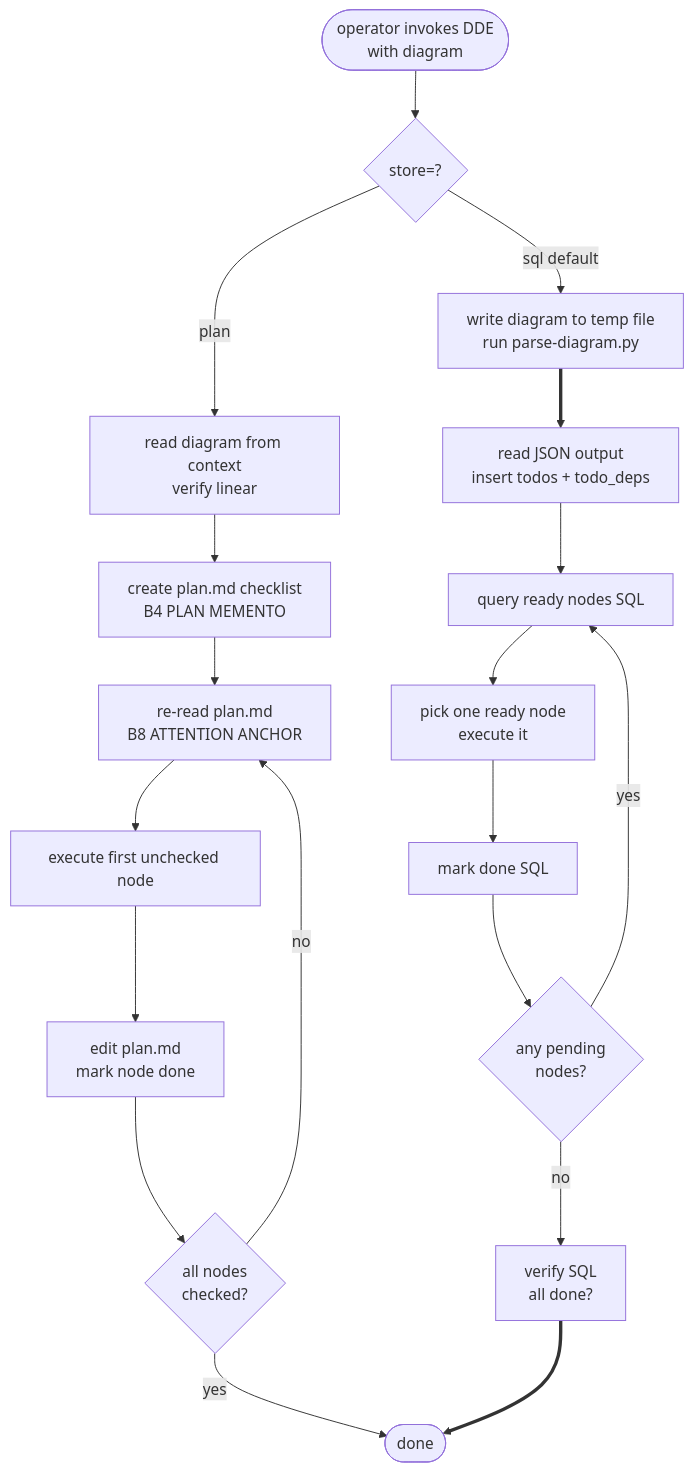
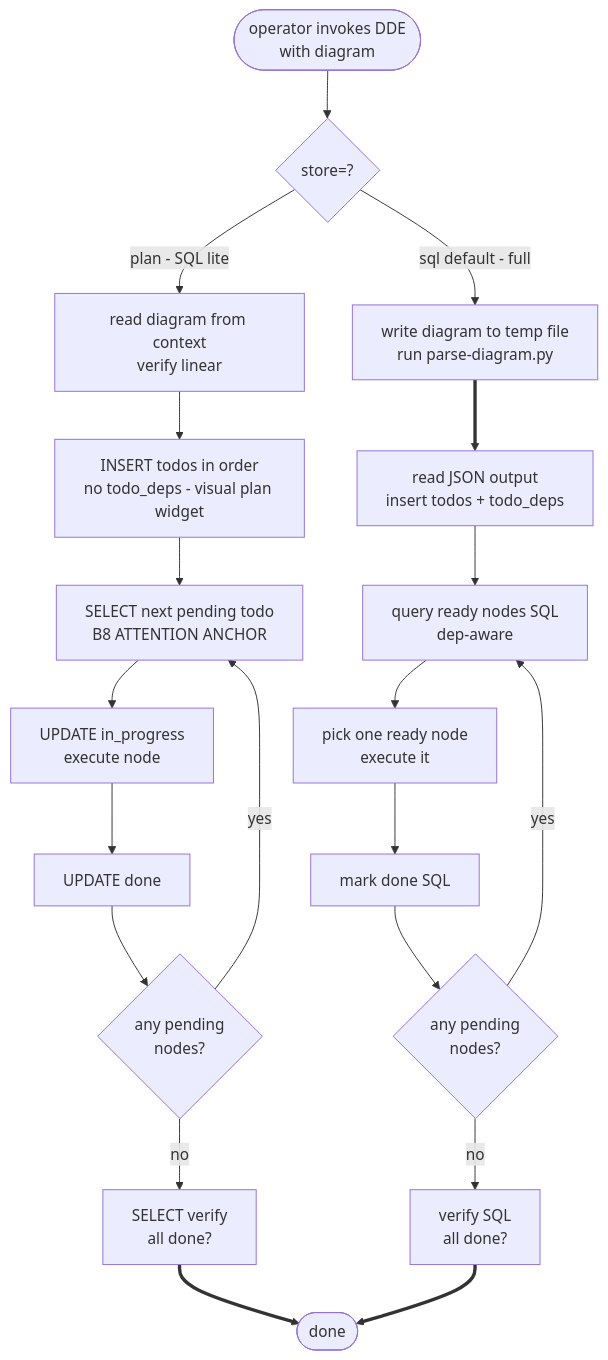
One commit to sergio-sisternes-epam/dde changed the diagram in skills/diagram-driven-execution/SKILL.md. Above: the diagram before and after it, drawn with Mermaid. The commit also changed other lines of this file and 4 other files, not shown here.

First line of the commit message:
feat: store="plan" now uses SQL lite for Copilot visual plan (v0.4.0)

````diff
--- a/skills/diagram-driven-execution/SKILL.md
+++ b/skills/diagram-driven-execution/SKILL.md
@@ -153,23 +158,24 @@
 ```mermaid
 flowchart TD
     Start([operator invokes DDE\nwith diagram]) --> Gate{store=?}
 
-    Gate -->|plan| P1[read diagram from context\nverify linear]
-    P1 --> P2[create plan.md checklist\nB4 PLAN MEMENTO]
-    P2 --> P3[re-read plan.md\nB8 ATTENTION ANCHOR]
-    P3 --> P4[execute first unchecked node]
-    P4 --> P5[edit plan.md\nmark node done]
-    P5 --> P6{all nodes\nchecked?}
-    P6 -->|no| P3
-    P6 -->|yes| Done([done])
+    Gate -->|plan - SQL lite| P1[read diagram from context\nverify linear]
+    P1 --> P2[INSERT todos in order\nno todo_deps - visual plan widget]
+    P2 --> P3[SELECT next pending todo\nB8 ATTENTION ANCHOR]
+    P3 --> P4[UPDATE in_progress\nexecute node]
+    P4 --> P5[UPDATE done]
+    P5 --> P6{any pending\nnodes?}
+    P6 -->|no| P7[SELECT verify\nall done?]
+    P6 -->|yes| P3
+    P7 ==> Done([done])
 
-    Gate -->|sql default| S1[write diagram to temp file\nrun parse-diagram.py]
+    Gate -->|sql default - full| S1[write diagram to temp file\nrun parse-diagram.py]
     S1 ==> S2[read JSON output\ninsert todos + todo_deps]
-    S2 --> S3[query ready nodes SQL]
+    S2 --> S3[query ready nodes SQL\ndep-aware]
     S3 --> S4[pick one ready node\nexecute it]
     S4 --> S5[mark done SQL]
     S5 --> S6{any pending\nnodes?}
     S6 -->|yes| S3
     S6 -->|no| S7[verify SQL\nall done?]
     S7 ==> Done
 ```
````
